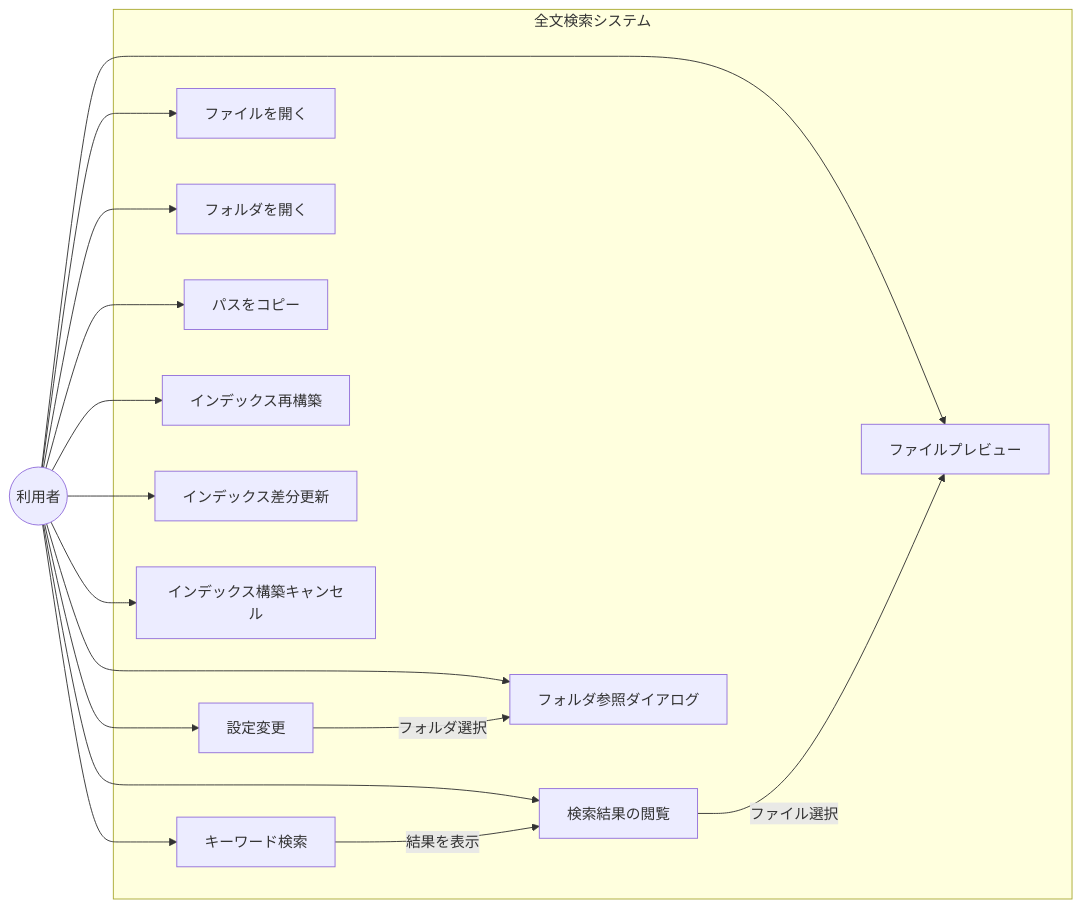
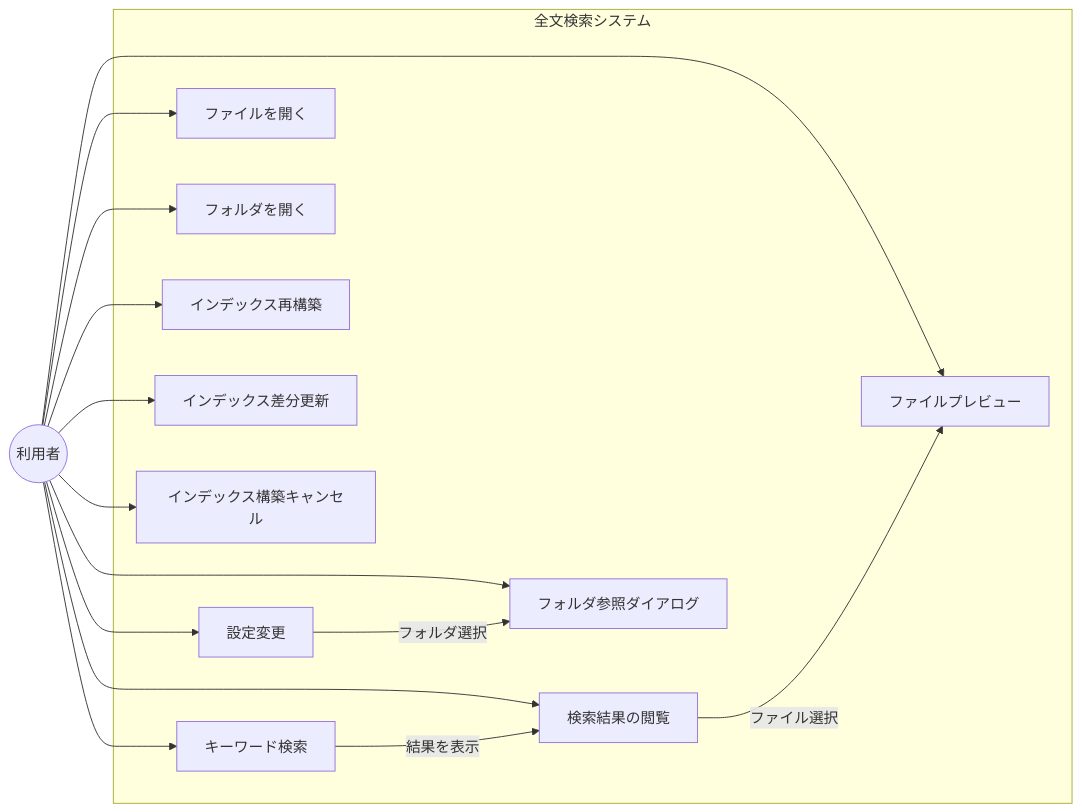
The first of 15 diagrams in docs/UML図.md (zndmonya-dot/FileSearchApp-), drawn with Mermaid before and after one commit. The commit also changed other lines of this file and 7 other files, not shown here.

````diff
--- a/docs/UML図.md
+++ b/docs/UML図.md
@@ -10,34 +10,32 @@
 ```mermaid
 graph LR
     User((利用者))
 
     subgraph 全文検索システム
         UC1[キーワード検索]
         UC2[検索結果の閲覧]
         UC3[ファイルプレビュー]
         UC4[ファイルを開く]
         UC5[フォルダを開く]
-        UC6[パスをコピー]
         UC7[インデックス再構築]
         UC8[インデックス差分更新]
         UC9[インデックス構築キャンセル]
         UC10[設定変更]
         UC11[フォルダ参照ダイアログ]
     end
 
     User --> UC1
     User --> UC2
     User --> UC3
     User --> UC4
     User --> UC5
-    User --> UC6
     User --> UC7
     User --> UC8
     User --> UC9
     User --> UC10
     User --> UC11
 
     UC1 -->|結果を表示| UC2
     UC2 -->|ファイル選択| UC3
     UC10 -->|フォルダ選択| UC11
 ```
````
